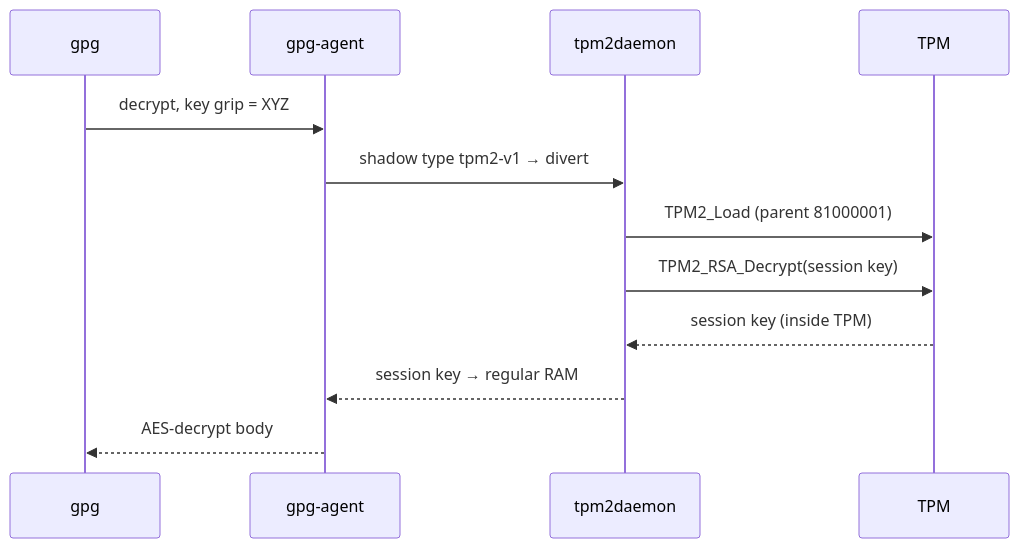
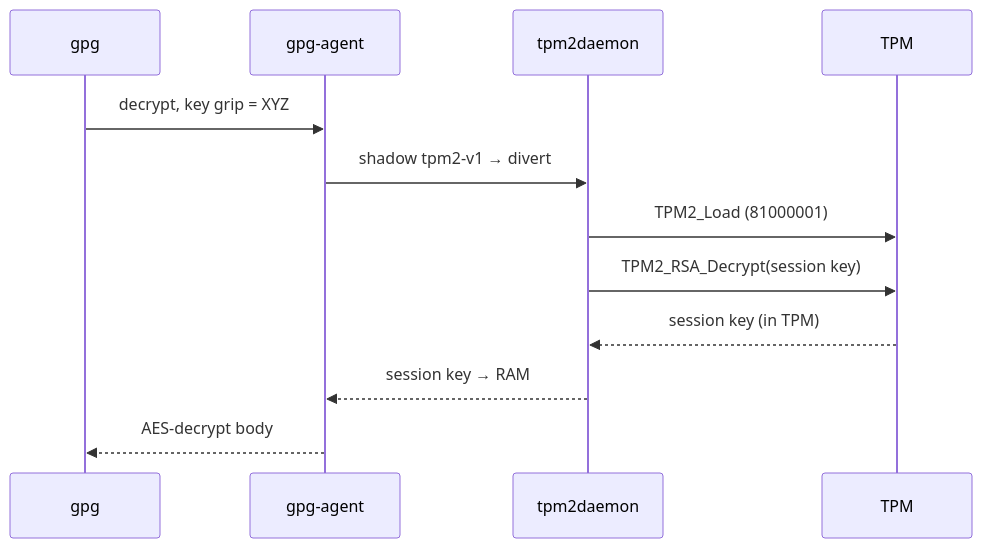
Before and after one commit to Franck-Sorel/presentations: diagram 23 of 26 in slides.md, drawn with Mermaid. The commit also changed other lines of this file and 222 other files, not shown here.

````diff
--- a/slides.md
+++ b/slides.md
@@ -606,14 +614,14 @@
-```mermaid {scale: 0.7}
+```mermaid {scale: 0.52}
 sequenceDiagram
     participant g as gpg
     participant a as gpg-agent
     participant t as tpm2daemon
     participant T as TPM
     g->>a: decrypt, key grip = XYZ
-    a->>t: shadow type tpm2-v1 → divert
-    t->>T: TPM2_Load (parent 81000001)
+    a->>t: shadow tpm2-v1 → divert
+    t->>T: TPM2_Load (81000001)
     t->>T: TPM2_RSA_Decrypt(session key)
-    T-->>t: session key (inside TPM)
-    t-->>a: session key → regular RAM
+    T-->>t: session key (in TPM)
+    t-->>a: session key → RAM
     a-->>g: AES-decrypt body
 ```
````
